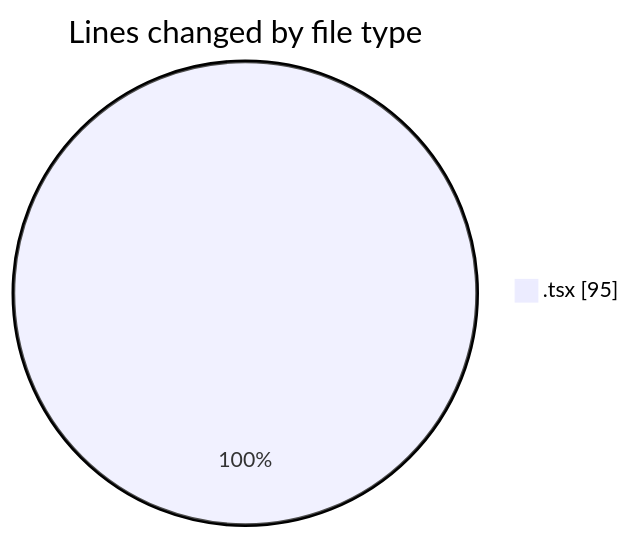
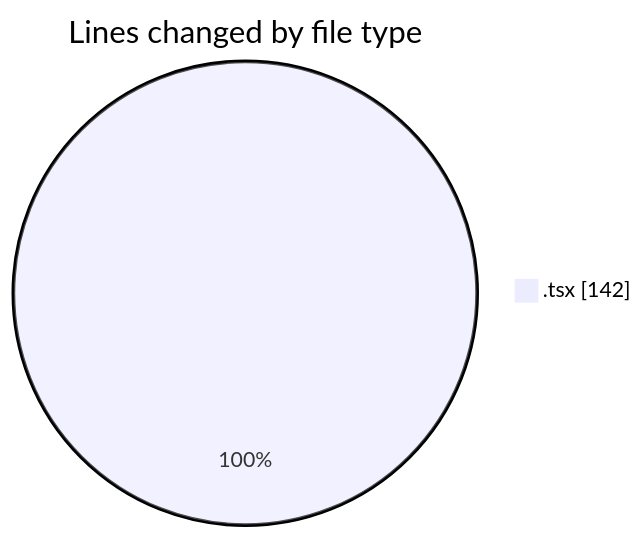
One commit to nxtqubesakshisongat/code-tracking changed the first of 2 diagrams in 2026-01-22/nxtqube_webapp/README.md. Above: the diagram before and after it, drawn with Mermaid. The commit also changed other lines of this file and 1 other file, not shown here.

````diff
--- a/2026-01-22/nxtqube_webapp/README.md
+++ b/2026-01-22/nxtqube_webapp/README.md
@@ -20,5 +21,5 @@
 ```mermaid
 pie showData
 title Lines changed by file type
-".tsx" : 95
+".tsx" : 142
 ```
````
